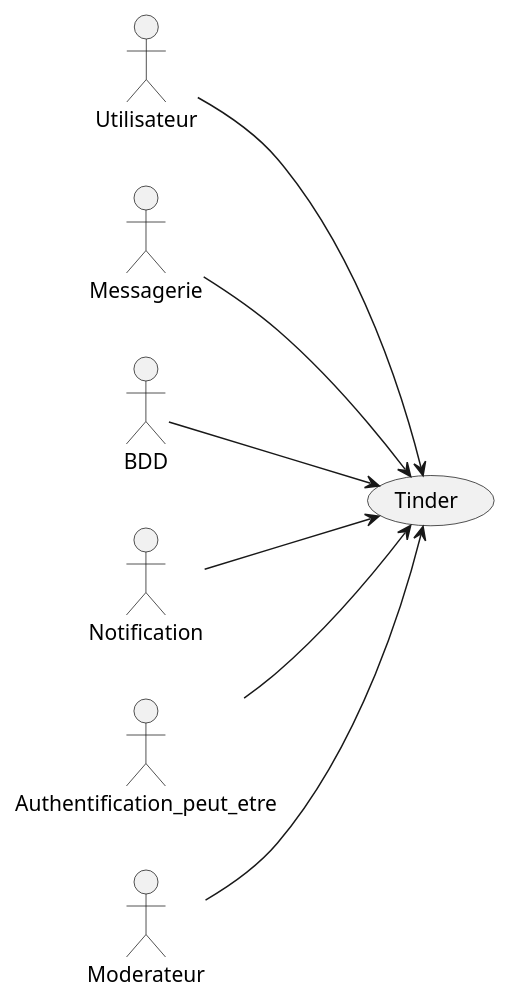
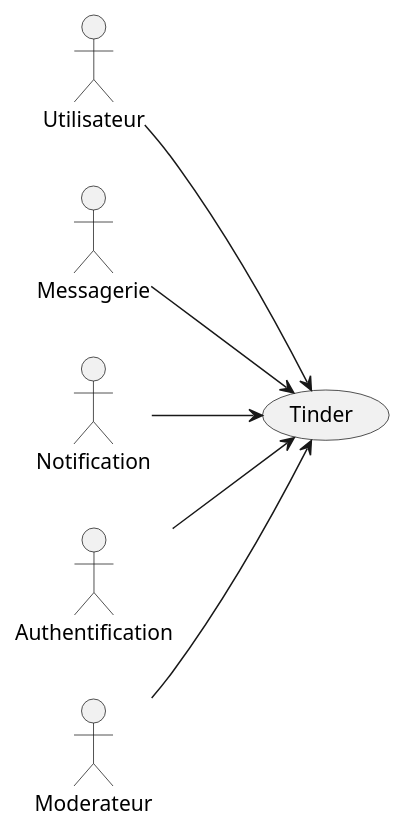
One commit to MinaroliCorentin/PSO changed the diagram in src/Projet_Tinder_Cas_Statique.puml. Above: the diagram before and after it, drawn with PlantUML. The commit also changed 7 other files, not shown here.

Commit message:
Splitage des UML en sous-UML

```diff
--- a/src/Projet_Tinder_Cas_Statique.puml
+++ b/src/Projet_Tinder_Cas_Statique.puml
@@ -1,17 +1,15 @@
 @startuml
 left to right direction
 "Utilisateur" as User
 "Messagerie" as Messaging
-"BDD" as Database
 "Notification" as Notification
-"Authentification_peut_etre" as Auth
+"Authentification" as Auth
 "Moderateur" as Moderator
 "Tinder" as (AppliDeRencontire)
 
 User --> (AppliDeRencontire)
 Messaging --> (AppliDeRencontire)
-Database --> (AppliDeRencontire)
 Notification --> (AppliDeRencontire)
 Auth --> (AppliDeRencontire)
 Moderator --> (AppliDeRencontire)
 @enduml
```
